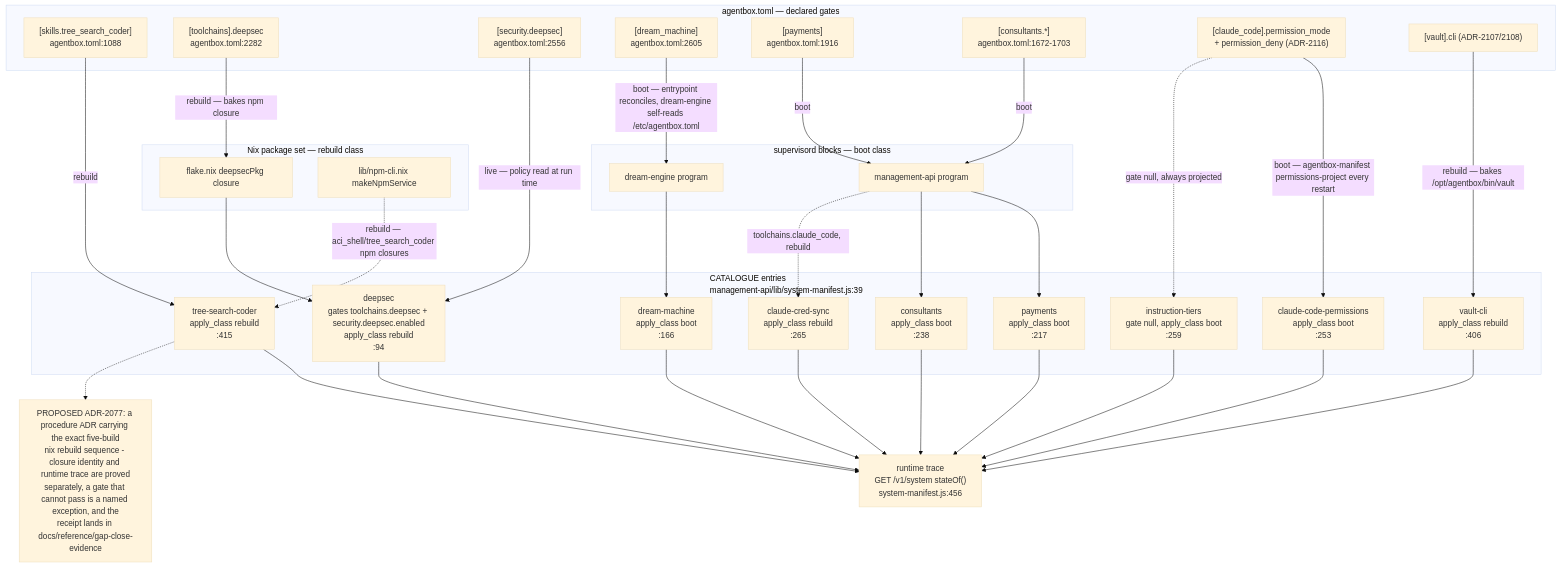
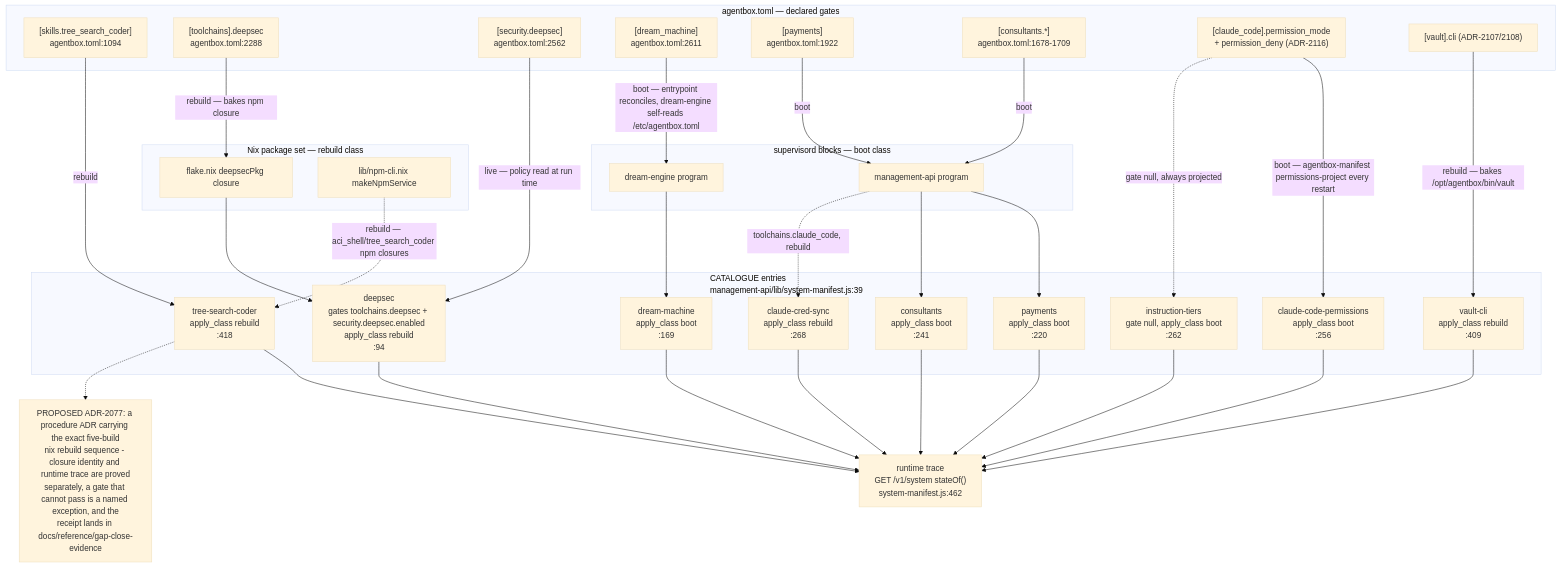
One commit to DreamLab-AI/VisionFlow changed the first of 15 diagrams in docs/diagrams/agentbox/15-capability-gating-spend-consultants.md. Above: the diagram before and after it, drawn with Mermaid (base theme). The commit also changed other lines of this file and 36 other files, not shown here.

First line of the commit message:
docs(diagrams): re-derive and re-stamp agentbox, dream-engine, visioncraft, visiontouch and vowl topics; drop LAN addresses

````diff
--- a/docs/diagrams/agentbox/15-capability-gating-spend-consultants.md
+++ b/docs/diagrams/agentbox/15-capability-gating-spend-consultants.md
@@ -57,61 +58,61 @@
 ```mermaid
 flowchart TD
     subgraph M["agentbox.toml — declared gates"]
-        M1["[skills.tree_search_coder]<br/>agentbox.toml:1088"]
-        M2["[toolchains].deepsec<br/>agentbox.toml:2282"]
-        M3["[security.deepsec]<br/>agentbox.toml:2556"]
-        M4["[dream_machine]<br/>agentbox.toml:2605"]
-        M5["[payments]<br/>agentbox.toml:1916"]
-        M6["[consultants.*]<br/>agentbox.toml:1672-1703"]
+        M1["[skills.tree_search_coder]<br/>agentbox.toml:1094"]
+        M2["[toolchains].deepsec<br/>agentbox.toml:2288"]
+        M3["[security.deepsec]<br/>agentbox.toml:2562"]
+        M4["[dream_machine]<br/>agentbox.toml:2611"]
+        M5["[payments]<br/>agentbox.toml:1922"]
+        M6["[consultants.*]<br/>agentbox.toml:1678-1709"]
         M7["[claude_code].permission_mode<br/>+ permission_deny (ADR-2116)"]
         M8["[vault].cli (ADR-2107/2108)"]
     end
     subgraph N["Nix package set — rebuild class"]
         N1["flake.nix deepsecPkg closure"]
         N2["lib/npm-cli.nix makeNpmService"]
     end
     subgraph S["supervisord blocks — boot class"]
         S1["dream-engine program"]
         S2["management-api program"]
     end
     subgraph C["CATALOGUE entries<br/>management-api/lib/system-manifest.js:39"]
-        C1["tree-search-coder<br/>apply_class rebuild<br/>:415"]
+        C1["tree-search-coder<br/>apply_class rebuild<br/>:418"]
         C2["deepsec<br/>gates toolchains.deepsec + security.deepsec.enabled<br/>apply_class rebuild<br/>:94"]
-        C3["dream-machine<br/>apply_class boot<br/>:166"]
-        C4["payments<br/>apply_class boot<br/>:217"]
-        C5["consultants<br/>apply_class boot<br/>:238"]
-        C6["claude-code-permissions<br/>apply_class boot<br/>:253"]
-        C7["instruction-tiers<br/>gate null, apply_class boot<br/>:259"]
-        C8["claude-cred-sync<br/>apply_class rebuild<br/>:265"]
-        C9["vault-cli<br/>apply_class rebuild<br/>:406"]
+        C3["dream-machine<br/>apply_class boot<br/>:169"]
+        C4["payments<br/>apply_class boot<br/>:220"]
+        C5["consultants<br/>apply_class boot<br/>:241"]
+        C6["claude-code-permissions<br/>apply_class boot<br/>:256"]
+        C7["instruction-tiers<br/>gate null, apply_class boot<br/>:262"]
+        C8["claude-cred-sync<br/>apply_class rebuild<br/>:268"]
+        C9["vault-cli<br/>apply_class rebuild<br/>:409"]
     end
-    R["runtime trace<br/>GET /v1/system stateOf()<br/>system-manifest.js:456"]
+    R["runtime trace<br/>GET /v1/system stateOf()<br/>system-manifest.js:462"]
 
     M1 -->|"rebuild"| C1
     M2 -->|"rebuild — bakes npm closure"| N1
     N1 --> C2
     M3 -->|"live — policy read at run time"| C2
     M4 -->|"boot — entrypoint reconciles, dream-engine self-reads /etc/agentbox.toml"| S1
     S1 --> C3
     M5 -->|"boot"| S2
     S2 --> C4
     M6 -->|"boot"| S2
     S2 --> C5
     M7 -->|"boot — agentbox-manifest permissions-project every restart"| C6
     M7 -.->|"gate null, always projected"| C7
     M8 -->|"rebuild — bakes /opt/agentbox/bin/vault"| C9
     S2 -.->|"toolchains.claude_code, rebuild"| C8
     C1 --> R
     C2 --> R
     C3 --> R
     C4 --> R
     C5 --> R
     C6 --> R
     C7 --> R
     C8 --> R
     C9 --> R
     N2 -.->|"rebuild — aci_shell/tree_search_coder npm closures"| C1
 
     note1["PROPOSED ADR-2077: a procedure ADR carrying the exact five-build<br/>nix rebuild sequence - closure identity and runtime trace are proved<br/>separately, a gate that cannot pass is a named exception, and the<br/>receipt lands in docs/reference/gap-close-evidence"]
     C1 -.-> note1
 ```
````
